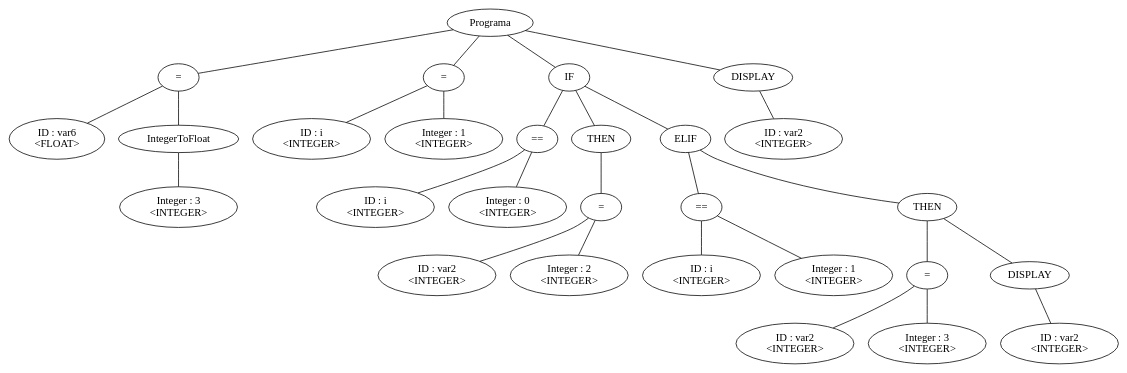
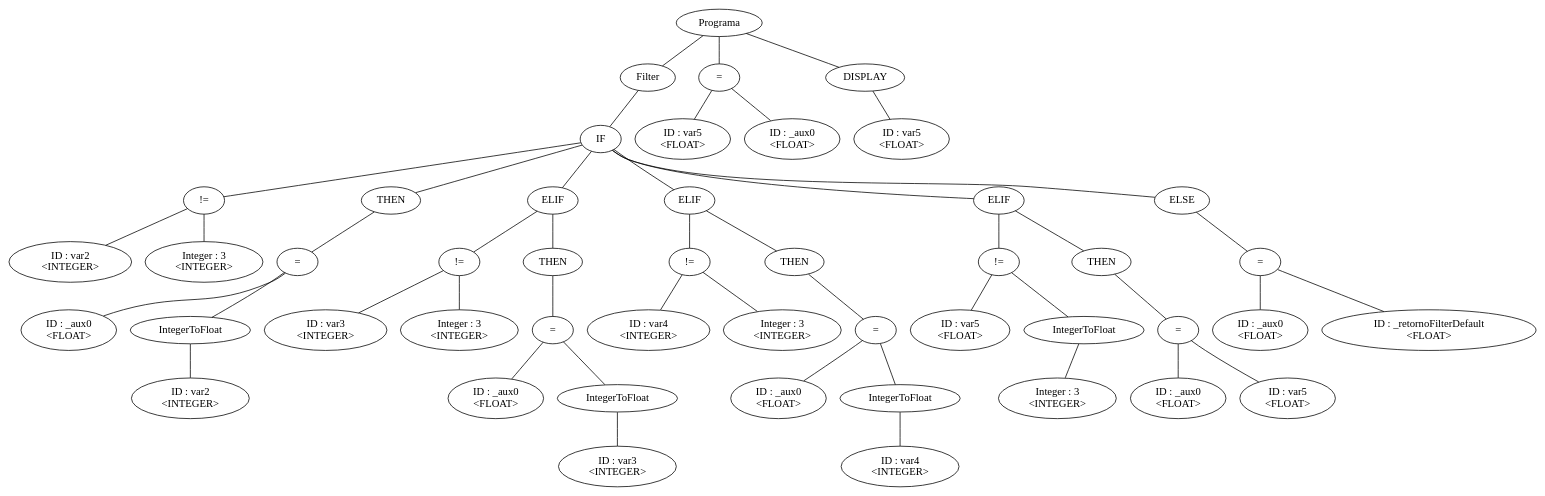
The diagram in arbol.dot (leandroprios/compilador), drawn with Graphviz before and after one commit. The commit also changed 18 other files, not shown here.

```diff
--- a/arbol.dot
+++ b/arbol.dot
@@ -1,56 +1,98 @@
-graph G {nodo_1306285324[label="Programa"]
-nodo_712809690[label="="]
-nodo_1306285324--nodo_712809690
-nodo_695350244[label="ID : var6\n<FLOAT>"]
-nodo_712809690--nodo_695350244
-nodo_494309407[label="IntegerToFloat"]
-nodo_712809690--nodo_494309407
-nodo_841859720[label="Integer : 3\n<INTEGER>"]
-nodo_494309407--nodo_841859720
-nodo_2088305243[label="="]
-nodo_1306285324--nodo_2088305243
-nodo_1143796515[label="ID : i\n<INTEGER>"]
-nodo_2088305243--nodo_1143796515
-nodo_1844671953[label="Integer : 1\n<INTEGER>"]
-nodo_2088305243--nodo_1844671953
-nodo_823579493[label="IF"]
-nodo_1306285324--nodo_823579493
-nodo_97084614[label="=="]
-nodo_823579493--nodo_97084614
-nodo_652159671[label="ID : i\n<INTEGER>"]
-nodo_97084614--nodo_652159671
-nodo_1358204480[label="Integer : 0\n<INTEGER>"]
-nodo_97084614--nodo_1358204480
-nodo_1476326080[label="="]
-nodo_622846785--nodo_1476326080
-nodo_434066349[label="ID : var2\n<INTEGER>"]
-nodo_1476326080--nodo_434066349
-nodo_1183467699[label="Integer : 2\n<INTEGER>"]
-nodo_1476326080--nodo_1183467699
-nodo_823579493--nodo_622846785
-nodo_622846785[label="THEN"]
-nodo_855136428[label="ELIF"]
-nodo_823579493--nodo_855136428
-nodo_313574593[label="=="]
-nodo_855136428--nodo_313574593
-nodo_1896988417[label="ID : i\n<INTEGER>"]
-nodo_313574593--nodo_1896988417
-nodo_1699397184[label="Integer : 1\n<INTEGER>"]
-nodo_313574593--nodo_1699397184
-nodo_855136428--nodo_910910166
-nodo_910910166[label="THEN"]
-nodo_361215869[label="="]
-nodo_910910166--nodo_361215869
-nodo_25558976[label="ID : var2\n<INTEGER>"]
-nodo_361215869--nodo_25558976
-nodo_2098241862[label="Integer : 3\n<INTEGER>"]
-nodo_361215869--nodo_2098241862
-nodo_1301850138[label="DISPLAY"]
-nodo_910910166--nodo_1301850138
-nodo_1695335051[label="ID : var2\n<INTEGER>"]
-nodo_1301850138--nodo_1695335051
-nodo_1264146965[label="DISPLAY"]
-nodo_1306285324--nodo_1264146965
-nodo_867944617[label="ID : var2\n<INTEGER>"]
-nodo_1264146965--nodo_867944617
+graph G {nodo_149683597[label="Programa"]
+nodo_68772363[label="Filter"]
+nodo_149683597--nodo_68772363
+nodo_2141097718[label="IF"]
+nodo_68772363--nodo_2141097718
+nodo_1482220186[label="!="]
+nodo_2141097718--nodo_1482220186
+nodo_252210057[label="ID : var2 
+ <INTEGER>"]
+nodo_1482220186--nodo_252210057
+nodo_1078872409[label="Integer : 3\n<INTEGER>"]
+nodo_1482220186--nodo_1078872409
+nodo_1261209240[label="="]
+nodo_911195092--nodo_1261209240
+nodo_1417670997[label="ID : _aux0\n<FLOAT>"]
+nodo_1261209240--nodo_1417670997
+nodo_417827952[label="IntegerToFloat"]
+nodo_1261209240--nodo_417827952
+nodo_709958324[label="ID : var2\n<INTEGER>"]
+nodo_417827952--nodo_709958324
+nodo_2141097718--nodo_911195092
+nodo_911195092[label="THEN"]
+nodo_90587424[label="ELIF"]
+nodo_2141097718--nodo_90587424
+nodo_775482752[label="!="]
+nodo_90587424--nodo_775482752
+nodo_169373755[label="ID : var3 
+ <INTEGER>"]
+nodo_775482752--nodo_169373755
+nodo_675172214[label="Integer : 3\n<INTEGER>"]
+nodo_775482752--nodo_675172214
+nodo_90587424--nodo_535871748
+nodo_535871748[label="THEN"]
+nodo_526808080[label="="]
+nodo_535871748--nodo_526808080
+nodo_1985732241[label="ID : _aux0\n<FLOAT>"]
+nodo_526808080--nodo_1985732241
+nodo_1057747401[label="IntegerToFloat"]
+nodo_526808080--nodo_1057747401
+nodo_1695829153[label="ID : var3\n<INTEGER>"]
+nodo_1057747401--nodo_1695829153
+nodo_1233023719[label="ELIF"]
+nodo_2141097718--nodo_1233023719
+nodo_1643745807[label="!="]
+nodo_1233023719--nodo_1643745807
+nodo_18657856[label="ID : var4 
+ <INTEGER>"]
+nodo_1643745807--nodo_18657856
+nodo_1185585030[label="Integer : 3\n<INTEGER>"]
+nodo_1643745807--nodo_1185585030
+nodo_1233023719--nodo_849855124
+nodo_849855124[label="THEN"]
+nodo_2088320254[label="="]
+nodo_849855124--nodo_2088320254
+nodo_1362997396[label="ID : _aux0\n<FLOAT>"]
+nodo_2088320254--nodo_1362997396
+nodo_903317057[label="IntegerToFloat"]
+nodo_2088320254--nodo_903317057
+nodo_668152282[label="ID : var4\n<INTEGER>"]
+nodo_903317057--nodo_668152282
+nodo_318269202[label="ELIF"]
+nodo_2141097718--nodo_318269202
+nodo_788389065[label="!="]
+nodo_318269202--nodo_788389065
+nodo_663859929[label="ID : var5 
+ <FLOAT>"]
+nodo_788389065--nodo_663859929
+nodo_1222848219[label="IntegerToFloat"]
+nodo_788389065--nodo_1222848219
+nodo_137930906[label="Integer : 3\n<INTEGER>"]
+nodo_1222848219--nodo_137930906
+nodo_318269202--nodo_253592515
+nodo_253592515[label="THEN"]
+nodo_571851838[label="="]
+nodo_253592515--nodo_571851838
+nodo_725543158[label="ID : _aux0\n<FLOAT>"]
+nodo_571851838--nodo_725543158
+nodo_2063240892[label="ID : var5\n<FLOAT>"]
+nodo_571851838--nodo_2063240892
+nodo_2141097718--nodo_821339684
+nodo_821339684[label="ELSE"]
+nodo_936084737[label="="]
+nodo_821339684--nodo_936084737
+nodo_1005814770[label="ID : _aux0\n<FLOAT>"]
+nodo_936084737--nodo_1005814770
+nodo_1733731618[label="ID : _retornoFilterDefault\n<FLOAT>"]
+nodo_936084737--nodo_1733731618
+nodo_1232558106[label="="]
+nodo_149683597--nodo_1232558106
+nodo_587153336[label="ID : var5\n<FLOAT>"]
+nodo_1232558106--nodo_587153336
+nodo_95732742[label="ID : _aux0\n<FLOAT>"]
+nodo_1232558106--nodo_95732742
+nodo_1469652519[label="DISPLAY"]
+nodo_149683597--nodo_1469652519
+nodo_618478406[label="ID : var5\n<FLOAT>"]
+nodo_1469652519--nodo_618478406
 }
```
